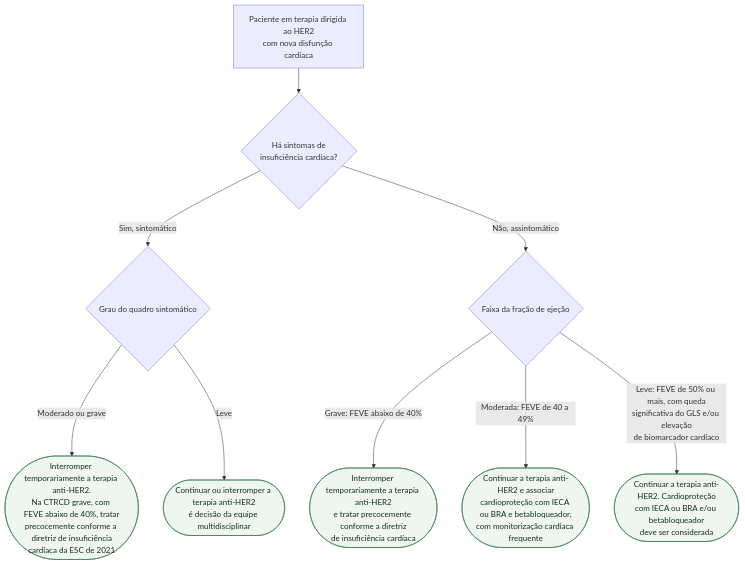
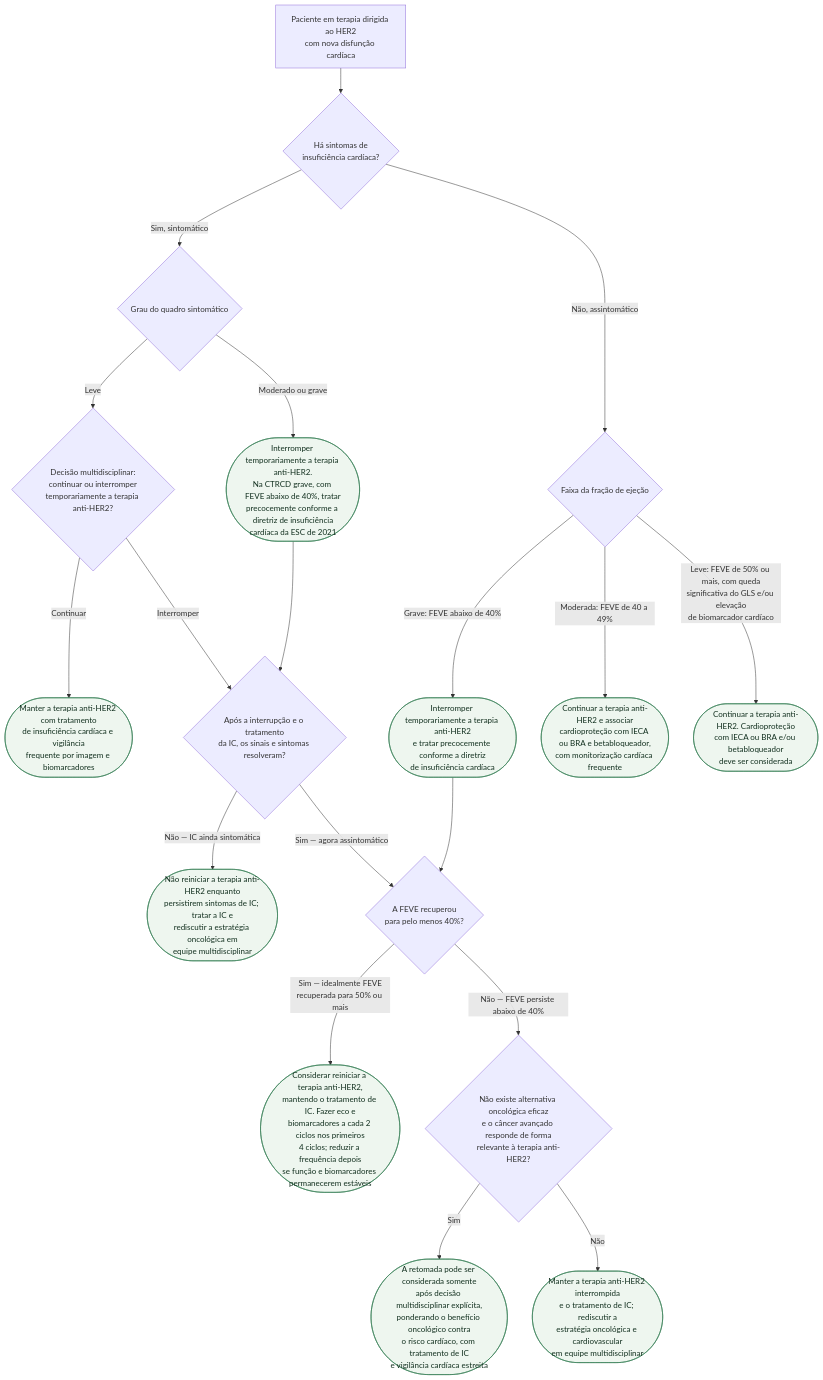
Before and after one commit to rafaelpaesmeirelles/MeuCardio: the second of 2 diagrams in content/Cardio-oncologia/fluxograma-disfuncao-cardiaca-por-antraciclina-e-anti-her2-esc-2022.md, drawn with Mermaid. The commit also changed other lines of this file and 201 other files, not shown here.

````diff
--- a/content/Cardio-oncologia/fluxograma-disfuncao-cardiaca-por-antraciclina-e-anti-her2-esc-2022.md
+++ b/content/Cardio-oncologia/fluxograma-disfuncao-cardiaca-por-antraciclina-e-anti-her2-esc-2022.md
@@ -88,21 +89,35 @@
 ```mermaid
 flowchart TD
   R1["Paciente em terapia dirigida ao HER2<br/>com nova disfunção cardíaca"] --> D5{"Há sintomas de<br/>insuficiência cardíaca?"}
 
   D5 -->|"Sim, sintomático"| D6{"Grau do quadro sintomático"}
 
   D6 -->|"Moderado ou grave"| C9(["Interromper temporariamente a terapia anti-HER2.<br/>Na CTRCD grave, com FEVE abaixo de 40%, tratar<br/>precocemente conforme a diretriz de insuficiência<br/>cardíaca da ESC de 2021"])
 
-  D6 -->|"Leve"| C10(["Continuar ou interromper a terapia anti-HER2<br/>é decisão da equipe multidisciplinar"])
+  D6 -->|"Leve"| D10{"Decisão multidisciplinar:<br/>continuar ou interromper<br/>temporariamente a terapia anti-HER2?"}
+  D10 -->|"Continuar"| C10a(["Manter a terapia anti-HER2 com tratamento<br/>de insuficiência cardíaca e vigilância<br/>frequente por imagem e biomarcadores"])
+  D10 -->|"Interromper"| D8
 
   D5 -->|"Não, assintomático"| D7{"Faixa da fração de ejeção"}
 
   D7 -->|"Grave: FEVE abaixo de 40%"| C11(["Interromper temporariamente a terapia anti-HER2<br/>e tratar precocemente conforme a diretriz<br/>de insuficiência cardíaca"])
 
   D7 -->|"Moderada: FEVE de 40 a 49%"| C12(["Continuar a terapia anti-HER2 e associar<br/>cardioproteção com IECA ou BRA e betabloqueador,<br/>com monitorização cardíaca frequente"])
 
   D7 -->|"Leve: FEVE de 50% ou mais, com queda<br/>significativa do GLS e/ou elevação<br/>de biomarcador cardíaco"| C13(["Continuar a terapia anti-HER2. Cardioproteção<br/>com IECA ou BRA e/ou betabloqueador<br/>deve ser considerada"])
 
+  C9 --> D8{"Após a interrupção e o tratamento<br/>da IC, os sinais e sintomas resolveram?"}
+  D8 -->|"Não — IC ainda sintomática"| C16(["Não reiniciar a terapia anti-HER2 enquanto<br/>persistirem sintomas de IC; tratar a IC e<br/>rediscutir a estratégia oncológica em<br/>equipe multidisciplinar"])
+  D8 -->|"Sim — agora assintomático"| D9{"A FEVE recuperou<br/>para pelo menos 40%?"}
+  C11 --> D9
+
+  D9 -->|"Sim — idealmente FEVE<br/>recuperada para 50% ou mais"| C14(["Considerar reiniciar a terapia anti-HER2,<br/>mantendo o tratamento de IC. Fazer eco e<br/>biomarcadores a cada 2 ciclos nos primeiros<br/>4 ciclos; reduzir a frequência depois<br/>se função e biomarcadores permanecerem estáveis"])
+
+  D9 -->|"Não — FEVE persiste abaixo de 40%"| D11{"Não existe alternativa oncológica eficaz<br/>e o câncer avançado responde de forma<br/>relevante à terapia anti-HER2?"}
+
+  D11 -->|"Sim"| C15(["A retomada pode ser considerada somente<br/>após decisão multidisciplinar explícita,<br/>ponderando o benefício oncológico contra<br/>o risco cardíaco, com tratamento de IC<br/>e vigilância cardíaca estreita"])
+  D11 -->|"Não"| C17(["Manter a terapia anti-HER2 interrompida<br/>e o tratamento de IC; rediscutir a<br/>estratégia oncológica e cardiovascular<br/>em equipe multidisciplinar"])
+
   classDef conduta fill:#eef6ef,stroke:#2f7a4f,color:#12301f;
-  class C9,C10,C11,C12,C13 conduta;
+  class C9,C10a,C11,C12,C13,C14,C15,C16,C17 conduta;
 ```
````
